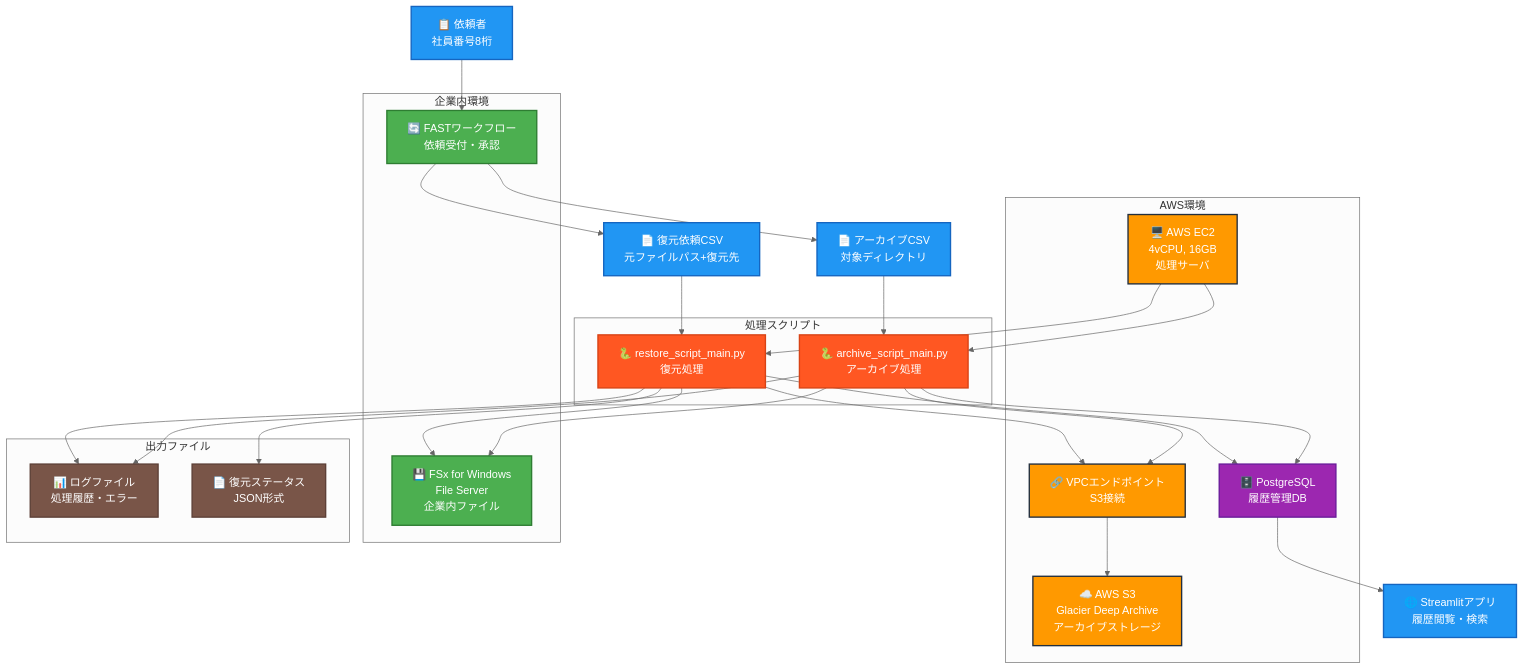
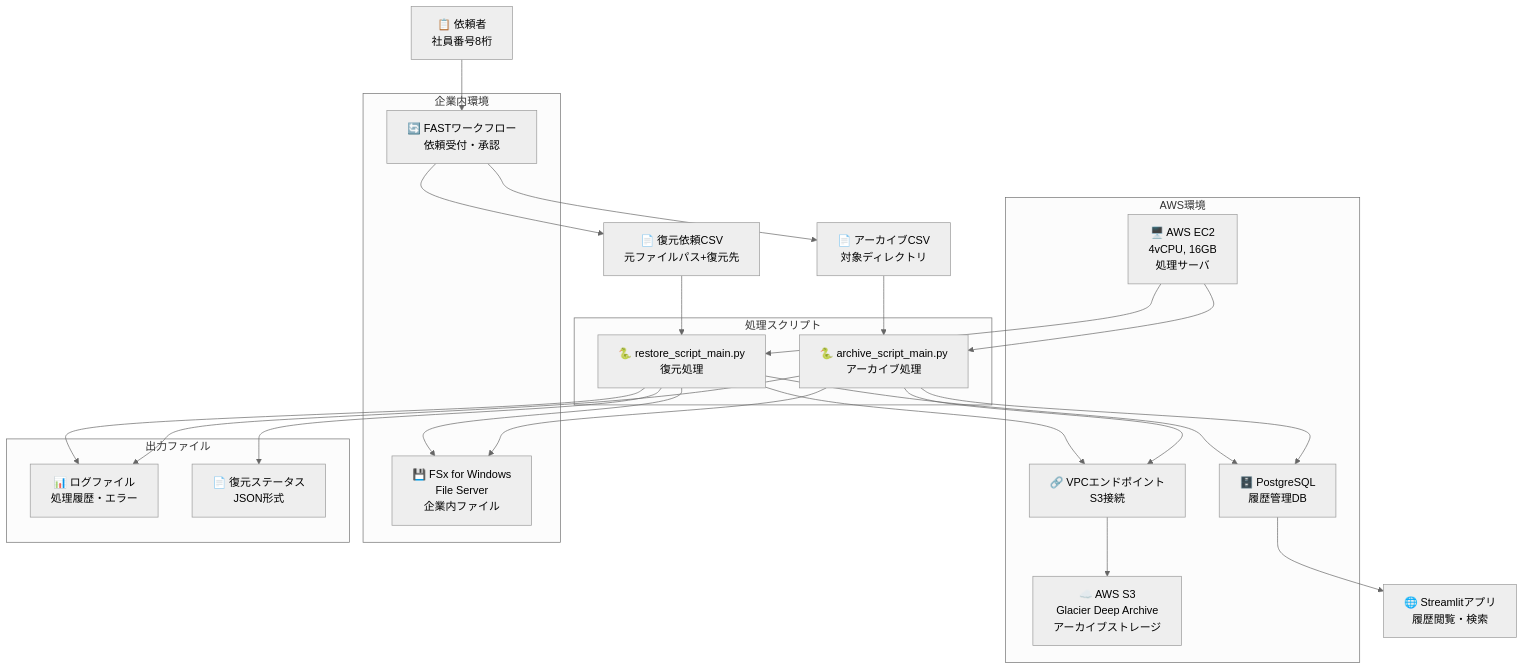
Before and after one commit to SantaSan-1224/HideoutRepo: the first of 3 diagrams in archive/doc/detailed_design_doc.md, drawn with Mermaid (neutral theme). The commit also changed other lines of this file, not shown here.

````diff
--- a/archive/doc/detailed_design_doc.md
+++ b/archive/doc/detailed_design_doc.md
@@ -95,19 +95,4 @@
         Logs
         Status
     end
-
-    %% スタイル
-    classDef awsService fill:#FF9900,stroke:#232F3E,stroke-width:2px,color:#fff
-    classDef internalService fill:#4CAF50,stroke:#2E7D32,stroke-width:2px,color:#fff
-    classDef userInterface fill:#2196F3,stroke:#1565C0,stroke-width:2px,color:#fff
-    classDef dataStorage fill:#9C27B0,stroke:#6A1B9A,stroke-width:2px,color:#fff
-    classDef scriptService fill:#FF5722,stroke:#D84315,stroke-width:2px,color:#fff
-    classDef outputFile fill:#795548,stroke:#5D4037,stroke-width:2px,color:#fff
-
-    class S3,VPC,Server awsService
-    class FSx,FAST internalService
-    class User,Streamlit,CSV_Archive,CSV_Restore userInterface
-    class DB dataStorage
-    class ArchiveScript,RestoreScript scriptService
-    class Logs,Status outputFile
 ```
````
